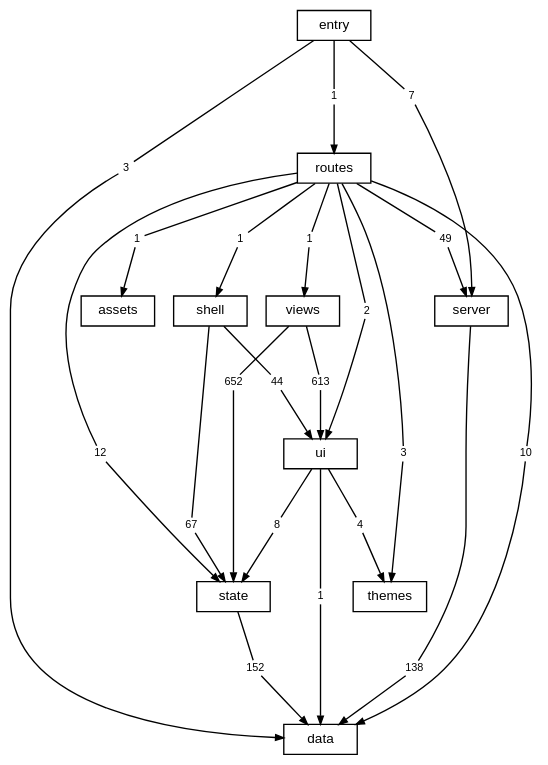
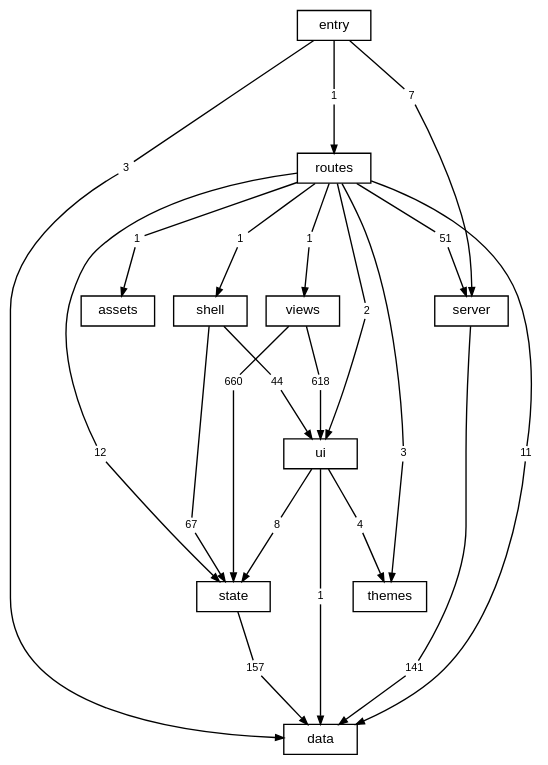
One commit to TheAxeC/oculus changed the diagram in docs/diagrams/layers.dot. Above: the diagram before and after it, drawn with Graphviz. The commit also changed 100 other files, not shown here.

```diff
--- a/docs/diagrams/layers.dot
+++ b/docs/diagrams/layers.dot
@@ -1,75 +1,75 @@
 digraph layers {
     graph [bgcolor="transparent", rankdir=TB, newrank=true, fontname="Helvetica,Arial,sans-serif", fontsize=12, nodesep=0.2, ranksep=0.5];
     node [shape=box, color="black", fontcolor="black", fontname="Helvetica,Arial,sans-serif", fontsize=10, height=0.3, margin="0.12,0.04"];
     edge [color="black", fontcolor="black", fontname="Helvetica,Arial,sans-serif", fontsize=8, arrowsize=0.6];
     "data";
     "server";
     "state";
     "ui";
     "shell";
     "views";
     "themes";
     "routes";
     "src" [label="entry"];
     "files: assets" [label="assets"];
-    "routes to data" [label="10", shape=box, color="transparent", fontsize=8, width=0, height=0, margin="0.04,0.02"];
+    "routes to data" [label="11", shape=box, color="transparent", fontsize=8, width=0, height=0, margin="0.04,0.02"];
     "routes" -> "routes to data" [arrowhead=none];
     "routes to data" -> "data" [];
     "routes to files: assets" [label="1", shape=box, color="transparent", fontsize=8, width=0, height=0, margin="0.04,0.02"];
     "routes" -> "routes to files: assets" [arrowhead=none];
     "routes to files: assets" -> "files: assets" [];
-    "routes to server" [label="49", shape=box, color="transparent", fontsize=8, width=0, height=0, margin="0.04,0.02"];
+    "routes to server" [label="51", shape=box, color="transparent", fontsize=8, width=0, height=0, margin="0.04,0.02"];
     "routes" -> "routes to server" [arrowhead=none];
     "routes to server" -> "server" [];
     "routes to shell" [label="1", shape=box, color="transparent", fontsize=8, width=0, height=0, margin="0.04,0.02"];
     "routes" -> "routes to shell" [arrowhead=none];
     "routes to shell" -> "shell" [];
     "routes to state" [label="12", shape=box, color="transparent", fontsize=8, width=0, height=0, margin="0.04,0.02"];
     "routes" -> "routes to state" [arrowhead=none];
     "routes to state" -> "state" [];
     "routes to themes" [label="3", shape=box, color="transparent", fontsize=8, width=0, height=0, margin="0.04,0.02"];
     "routes" -> "routes to themes" [arrowhead=none];
     "routes to themes" -> "themes" [];
     "routes to ui" [label="2", shape=box, color="transparent", fontsize=8, width=0, height=0, margin="0.04,0.02"];
     "routes" -> "routes to ui" [arrowhead=none];
     "routes to ui" -> "ui" [];
     "routes to views" [label="1", shape=box, color="transparent", fontsize=8, width=0, height=0, margin="0.04,0.02"];
     "routes" -> "routes to views" [arrowhead=none];
     "routes to views" -> "views" [];
-    "server to data" [label="138", shape=box, color="transparent", fontsize=8, width=0, height=0, margin="0.04,0.02"];
+    "server to data" [label="141", shape=box, color="transparent", fontsize=8, width=0, height=0, margin="0.04,0.02"];
     "server" -> "server to data" [arrowhead=none];
     "server to data" -> "data" [];
     "shell to state" [label="67", shape=box, color="transparent", fontsize=8, width=0, height=0, margin="0.04,0.02"];
     "shell" -> "shell to state" [arrowhead=none];
     "shell to state" -> "state" [];
     "shell to ui" [label="44", shape=box, color="transparent", fontsize=8, width=0, height=0, margin="0.04,0.02"];
     "shell" -> "shell to ui" [arrowhead=none];
     "shell to ui" -> "ui" [];
     "src to data" [label="3", shape=box, color="transparent", fontsize=8, width=0, height=0, margin="0.04,0.02"];
     "src" -> "src to data" [arrowhead=none];
     "src to data" -> "data" [];
     "src to routes" [label="1", shape=box, color="transparent", fontsize=8, width=0, height=0, margin="0.04,0.02"];
     "src" -> "src to routes" [arrowhead=none];
     "src to routes" -> "routes" [];
     "src to server" [label="7", shape=box, color="transparent", fontsize=8, width=0, height=0, margin="0.04,0.02"];
     "src" -> "src to server" [arrowhead=none];
     "src to server" -> "server" [];
-    "state to data" [label="152", shape=box, color="transparent", fontsize=8, width=0, height=0, margin="0.04,0.02"];
+    "state to data" [label="157", shape=box, color="transparent", fontsize=8, width=0, height=0, margin="0.04,0.02"];
     "state" -> "state to data" [arrowhead=none];
     "state to data" -> "data" [];
     "ui to data" [label="1", shape=box, color="transparent", fontsize=8, width=0, height=0, margin="0.04,0.02"];
     "ui" -> "ui to data" [arrowhead=none];
     "ui to data" -> "data" [];
     "ui to state" [label="8", shape=box, color="transparent", fontsize=8, width=0, height=0, margin="0.04,0.02"];
     "ui" -> "ui to state" [arrowhead=none];
     "ui to state" -> "state" [];
     "ui to themes" [label="4", shape=box, color="transparent", fontsize=8, width=0, height=0, margin="0.04,0.02"];
     "ui" -> "ui to themes" [arrowhead=none];
     "ui to themes" -> "themes" [];
-    "views to state" [label="652", shape=box, color="transparent", fontsize=8, width=0, height=0, margin="0.04,0.02"];
+    "views to state" [label="660", shape=box, color="transparent", fontsize=8, width=0, height=0, margin="0.04,0.02"];
     "views" -> "views to state" [arrowhead=none];
     "views to state" -> "state" [];
-    "views to ui" [label="613", shape=box, color="transparent", fontsize=8, width=0, height=0, margin="0.04,0.02"];
+    "views to ui" [label="618", shape=box, color="transparent", fontsize=8, width=0, height=0, margin="0.04,0.02"];
     "views" -> "views to ui" [arrowhead=none];
     "views to ui" -> "ui" [];
 }
```
